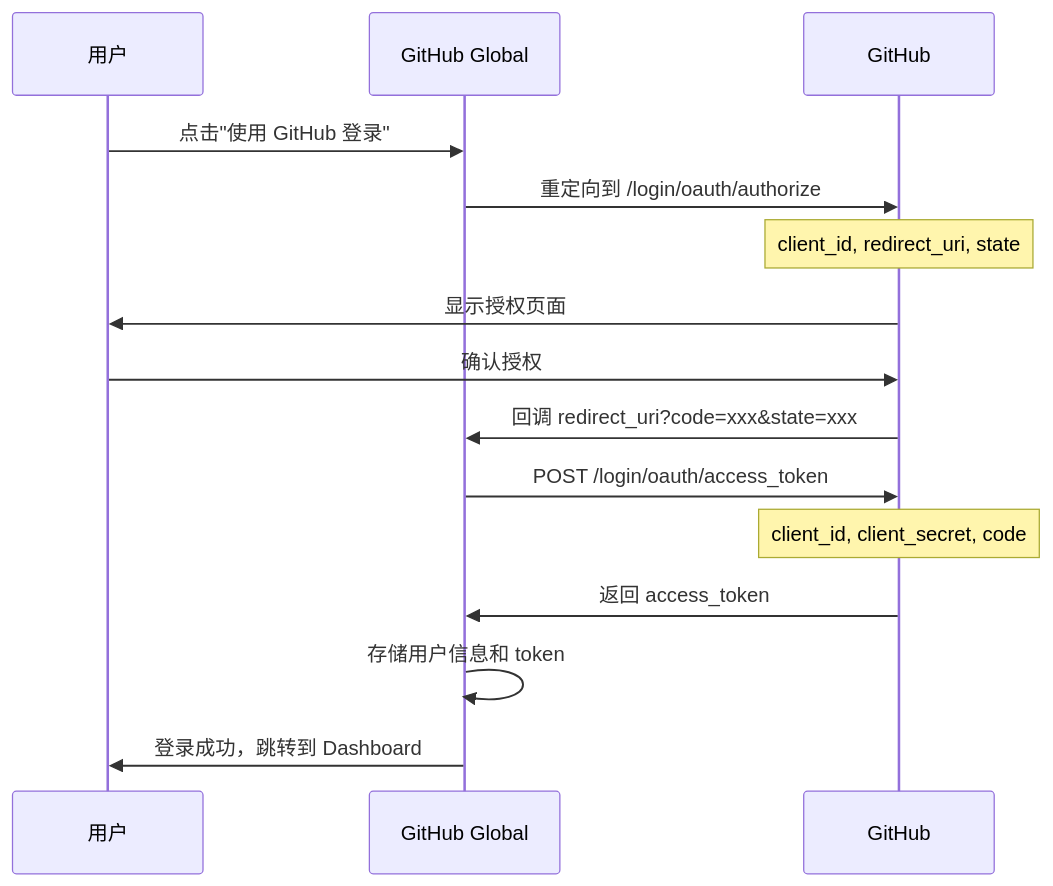
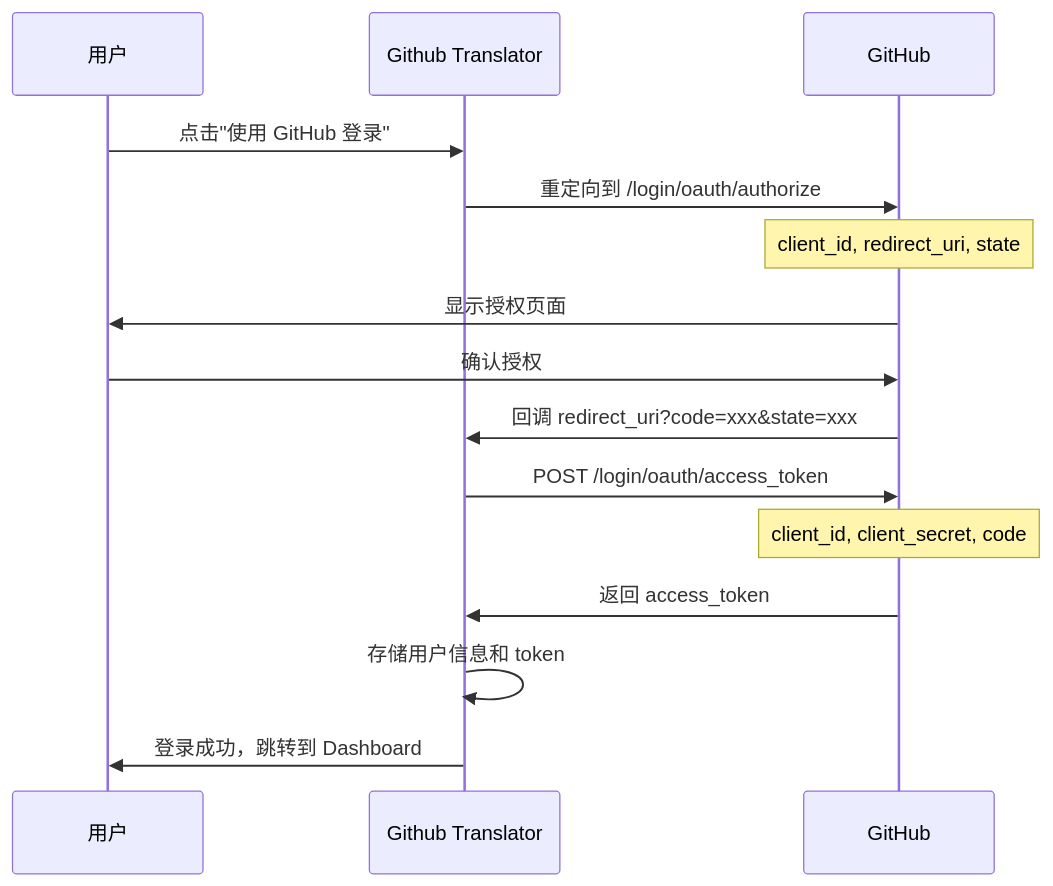
One commit to TommyLi07/Github-Translator changed the diagram in docs/技术实现方案文档.md. Above: the diagram before and after it, drawn with Mermaid. The commit also changed other lines of this file and 28 other files, not shown here.

````diff
--- a/docs/技术实现方案文档.md
+++ b/docs/技术实现方案文档.md
@@ -158,18 +158,18 @@
 ```mermaid
 sequenceDiagram
     participant User as 用户
-    participant App as GitHub Global
+    participant App as Github Translator
     participant GitHub as GitHub
 
     User->>App: 点击"使用 GitHub 登录"
     App->>GitHub: 重定向到 /login/oauth/authorize
     Note over GitHub: client_id, redirect_uri, state
     GitHub->>User: 显示授权页面
     User->>GitHub: 确认授权
     GitHub->>App: 回调 redirect_uri?code=xxx&state=xxx
     App->>GitHub: POST /login/oauth/access_token
     Note over GitHub: client_id, client_secret, code
     GitHub->>App: 返回 access_token
     App->>App: 存储用户信息和 token
     App->>User: 登录成功，跳转到 Dashboard
 ```
````
